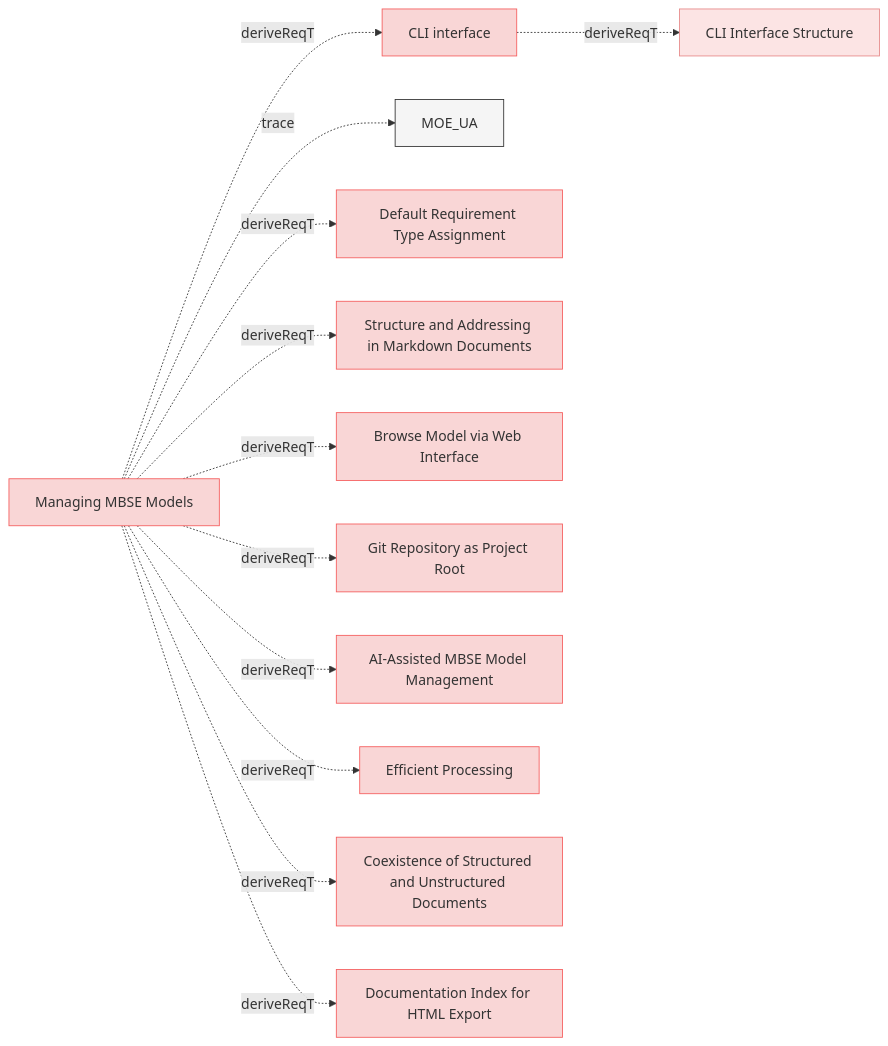
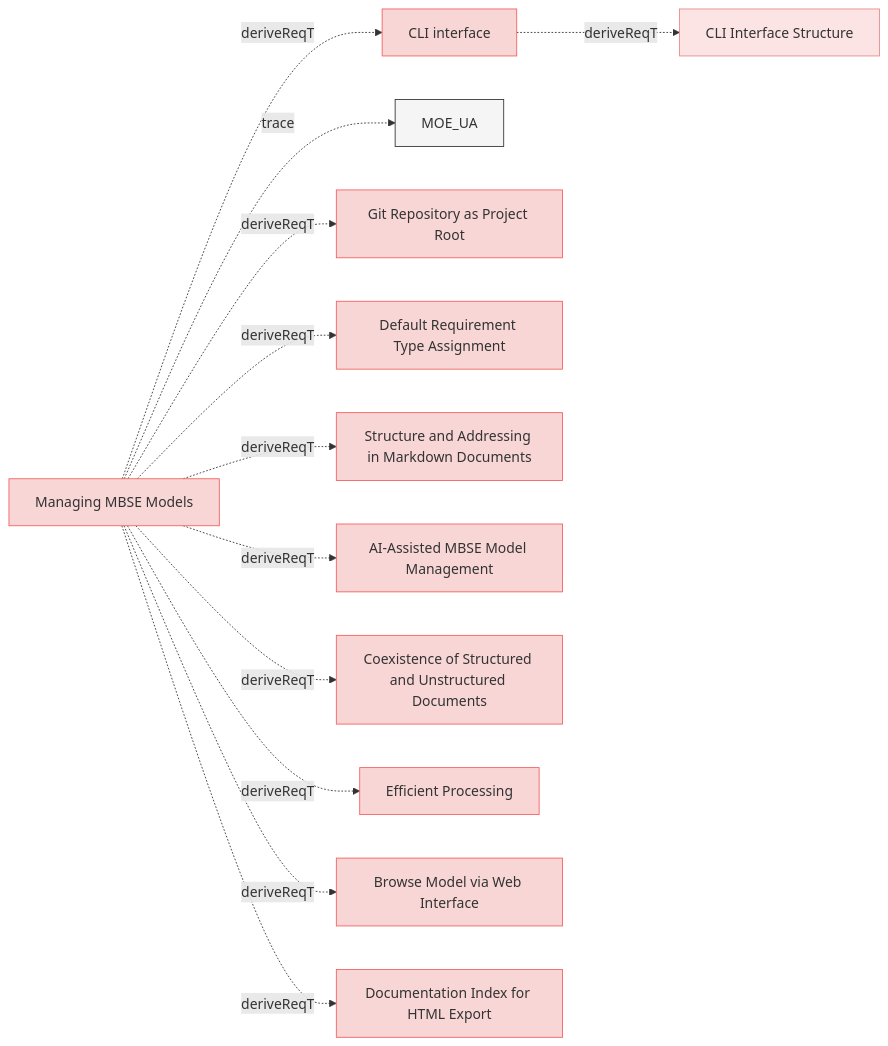
Before and after one commit to reqvire-org/reqvire: the ninth of 9 diagrams in specifications/UserRequirements.md, drawn with Mermaid. The commit also changed other lines of this file and 20 other files, not shown here.

````diff
--- a/specifications/UserRequirements.md
+++ b/specifications/UserRequirements.md
@@ -1128,57 +1128,57 @@
 ```mermaid
 graph LR;
   %% REQVIRE-AUTOGENERATED-DIAGRAM
   %% Graph styling
   classDef userRequirement fill:#f9d6d6,stroke:#f55f5f,stroke-width:1px;
   classDef systemRequirement fill:#fce4e4,stroke:#e68a8a,stroke-width:1px;
   classDef verification fill:#d6f9d6,stroke:#5fd75f,stroke-width:1px;
   classDef default fill:#f5f5f5,stroke:#333333,stroke-width:1px;
 
   f28849d46c19af44["CLI interface"];
   class f28849d46c19af44 userRequirement;
   click f28849d46c19af44 "UserRequirements.md#cli-interface";
   8f22faacdb454b23["CLI Interface Structure"];
   class 8f22faacdb454b23 systemRequirement;
   click 8f22faacdb454b23 "SystemRequirements/Requirements.md#cli-interface-structure";
   f28849d46c19af44 -.->|deriveReqT| 8f22faacdb454b23;
   e61b7c1baa89bfc6["Managing MBSE Models"];
   class e61b7c1baa89bfc6 userRequirement;
   click e61b7c1baa89bfc6 "UserStories.md#managing-mbse-models";
   2c5f30f14e792200["MOE_UA"];
   class 2c5f30f14e792200 default;
   click 2c5f30f14e792200 "MOEs.md#moe_ua";
   e61b7c1baa89bfc6 -.->|trace| 2c5f30f14e792200;
+  649d72765b13e14f["Git Repository as Project Root"];
+  class 649d72765b13e14f userRequirement;
+  click 649d72765b13e14f "ManagingMbseModelsRequirements.md#git-repository-as-project-root";
+  e61b7c1baa89bfc6 -.->|deriveReqT| 649d72765b13e14f;
   c9cc6878a73bb951["Default Requirement Type Assignment"];
   class c9cc6878a73bb951 userRequirement;
   click c9cc6878a73bb951 "ManagingMbseModelsRequirements.md#default-requirement-type-assignment";
   e61b7c1baa89bfc6 -.->|deriveReqT| c9cc6878a73bb951;
   ade67c27bc5d3bbd["Structure and Addressing in Markdown Documents"];
   class ade67c27bc5d3bbd userRequirement;
   click ade67c27bc5d3bbd "SpecificationsRequirements.md#structure-and-addressing-in-markdown-documents";
   e61b7c1baa89bfc6 -.->|deriveReqT| ade67c27bc5d3bbd;
+  cd2d5dab49985ca2["AI-Assisted MBSE Model Management"];
+  class cd2d5dab49985ca2 userRequirement;
+  click cd2d5dab49985ca2 "UserStories.md#ai-assisted-mbse-model-management";
+  e61b7c1baa89bfc6 -.->|deriveReqT| cd2d5dab49985ca2;
+  f0d721424636370e["Coexistence of Structured and Unstructured Documents"];
+  class f0d721424636370e userRequirement;
+  click f0d721424636370e "ManagingMbseModelsRequirements.md#coexistence-of-structured-and-unstructured-documents";
+  e61b7c1baa89bfc6 -.->|deriveReqT| f0d721424636370e;
+  d193d11c43776bec["Efficient Processing"];
+  class d193d11c43776bec userRequirement;
+  click d193d11c43776bec "ManagingMbseModelsRequirements.md#efficient-processing";
+  e61b7c1baa89bfc6 -.->|deriveReqT| d193d11c43776bec;
   e61b7c1baa89bfc6 -.->|deriveReqT| f28849d46c19af44;
   a44b59684c593d1e["Browse Model via Web Interface"];
   class a44b59684c593d1e userRequirement;
   click a44b59684c593d1e "UserRequirements.md#browse-model-via-web-interface";
   e61b7c1baa89bfc6 -.->|deriveReqT| a44b59684c593d1e;
-  649d72765b13e14f["Git Repository as Project Root"];
-  class 649d72765b13e14f userRequirement;
-  click 649d72765b13e14f "ManagingMbseModelsRequirements.md#git-repository-as-project-root";
-  e61b7c1baa89bfc6 -.->|deriveReqT| 649d72765b13e14f;
-  cd2d5dab49985ca2["AI-Assisted MBSE Model Management"];
-  class cd2d5dab49985ca2 userRequirement;
-  click cd2d5dab49985ca2 "UserStories.md#ai-assisted-mbse-model-management";
-  e61b7c1baa89bfc6 -.->|deriveReqT| cd2d5dab49985ca2;
-  d193d11c43776bec["Efficient Processing"];
-  class d193d11c43776bec userRequirement;
-  click d193d11c43776bec "ManagingMbseModelsRequirements.md#efficient-processing";
-  e61b7c1baa89bfc6 -.->|deriveReqT| d193d11c43776bec;
-  f0d721424636370e["Coexistence of Structured and Unstructured Documents"];
-  class f0d721424636370e userRequirement;
-  click f0d721424636370e "ManagingMbseModelsRequirements.md#coexistence-of-structured-and-unstructured-documents";
-  e61b7c1baa89bfc6 -.->|deriveReqT| f0d721424636370e;
   2f4125edaacb1231["Documentation Index for HTML Export"];
   class 2f4125edaacb1231 userRequirement;
   click 2f4125edaacb1231 "UserRequirements.md#documentation-index-for-html-export";
   e61b7c1baa89bfc6 -.->|deriveReqT| 2f4125edaacb1231;
 ```
````
